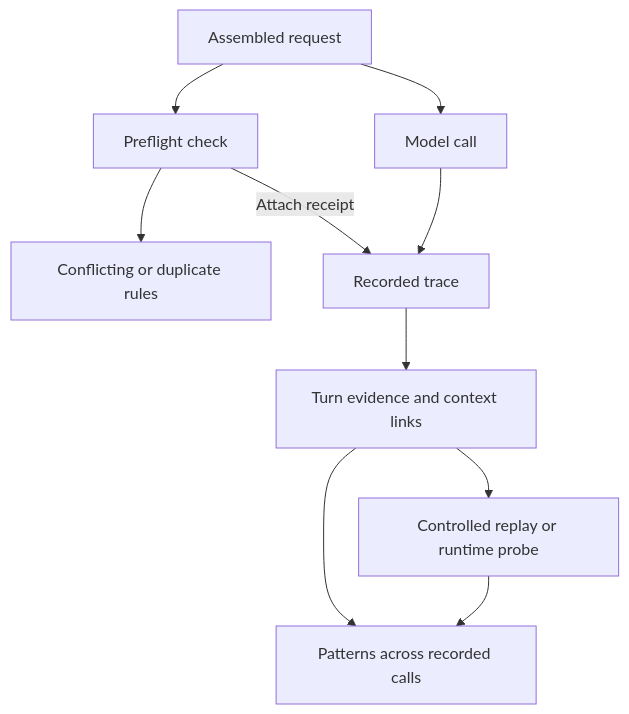
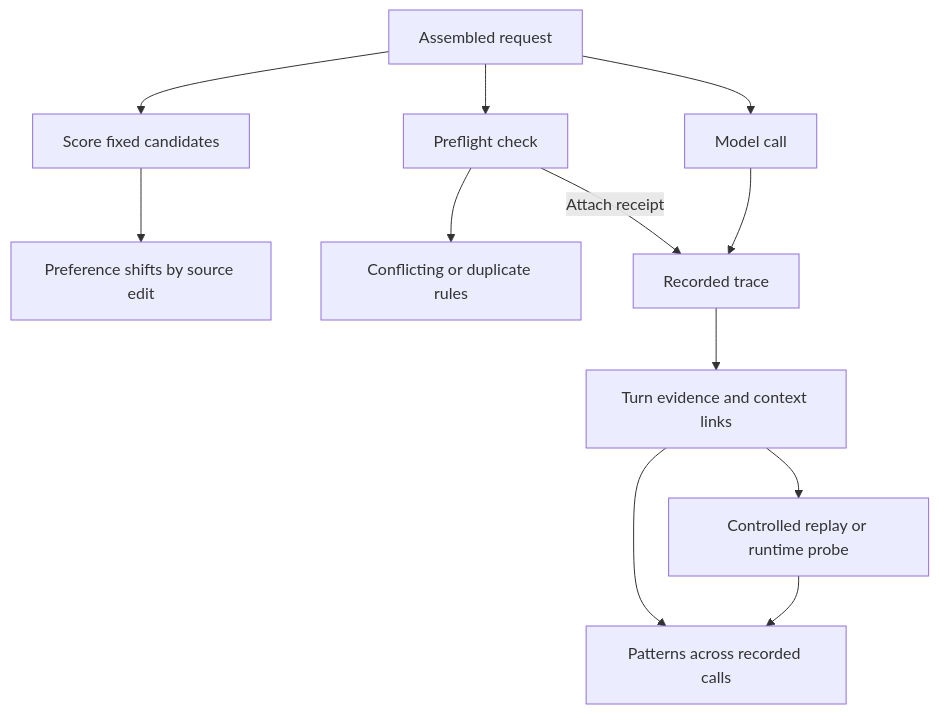
Before and after one commit to thakur-ro/A2Context: the first of 2 diagrams in docs/architecture.md, drawn with Mermaid. The commit also changed other lines of this file and 15 other files, not shown here.

Commit message:
Probe candidate preference before a decision

````diff
--- a/docs/architecture.md
+++ b/docs/architecture.md
@@ -5,14 +5,16 @@
 ```mermaid
 flowchart TD
     accTitle: Evidence from request to recurring patterns
-    accDescr: Preflight checks the assembled request. After the model call, the recorded trace supports turn evidence, controlled experiments, and patterns.
+    accDescr: Preflight checks the request and candidate probes score alternatives. After the model call, the trace supports turn evidence, controlled experiments, and patterns.
     A[Assembled request] --> M[Model call]
     A --> P[Preflight check]
+    A --> B[Score fixed candidates]
+    B --> S[Preference shifts by source edit]
     P --> F[Conflicting or duplicate rules]
     P -->|Attach receipt| T
     M --> T[Recorded trace]
     T --> I[Turn evidence and context links]
     I --> R[Controlled replay or runtime probe]
     I --> G[Patterns across recorded calls]
     R --> G
 ```
````
